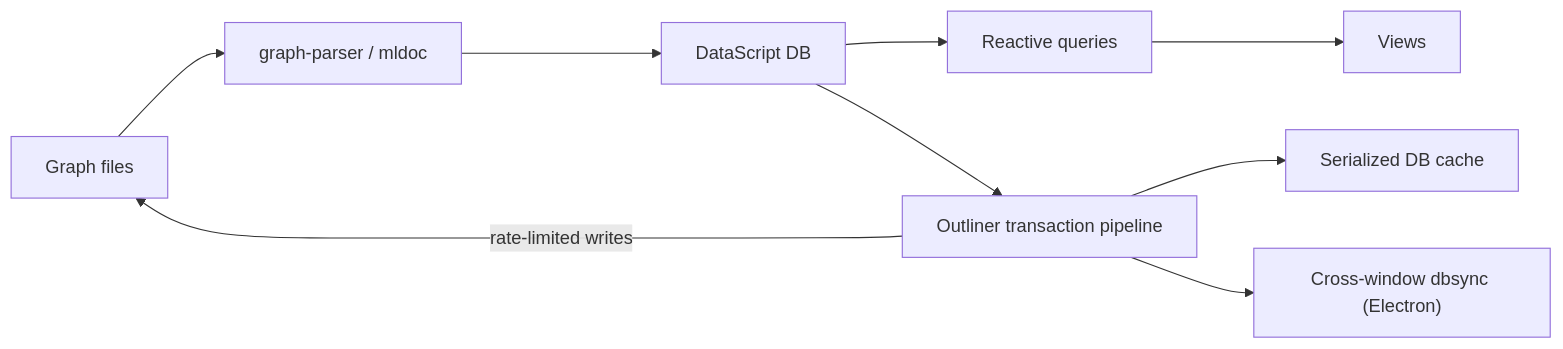
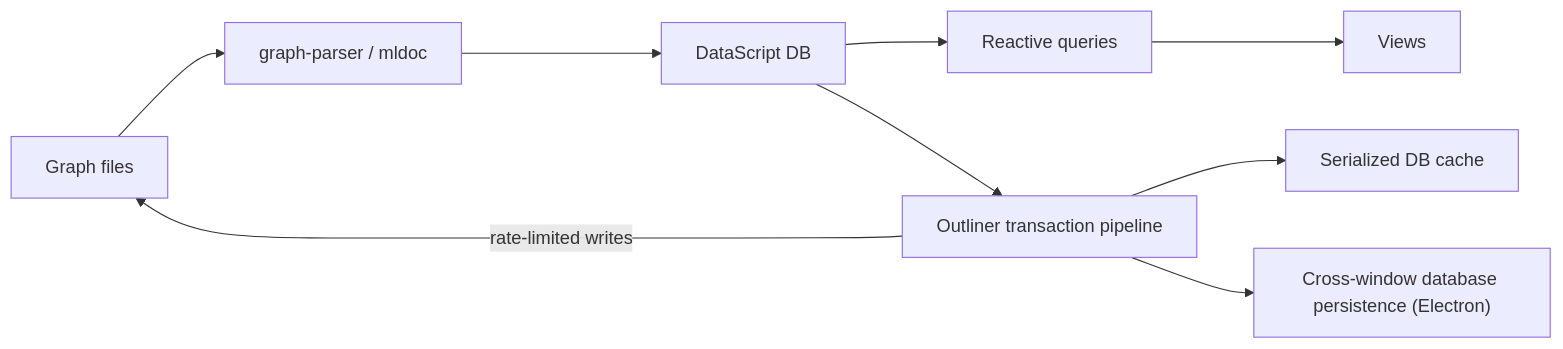
One commit to talal/logseq-og changed the first of 2 diagrams in docs/architecture.md. Above: the diagram before and after it, drawn with Mermaid. The commit also changed other lines of this file and 121 other files, not shown here.

````diff
--- a/docs/architecture.md
+++ b/docs/architecture.md
@@ -62,11 +62,11 @@
 ```mermaid
 flowchart LR
     files["Graph files"] --> parser["graph-parser / mldoc"]
     parser --> db["DataScript DB"]
     db --> queries["Reactive queries"]
     queries --> views["Views"]
     db --> pipeline["Outliner transaction pipeline"]
     pipeline -->|rate-limited writes| files
     pipeline --> cache["Serialized DB cache"]
-    pipeline --> sync["Cross-window dbsync (Electron)"]
+    pipeline --> persistence["Cross-window database persistence (Electron)"]
 ```
````
